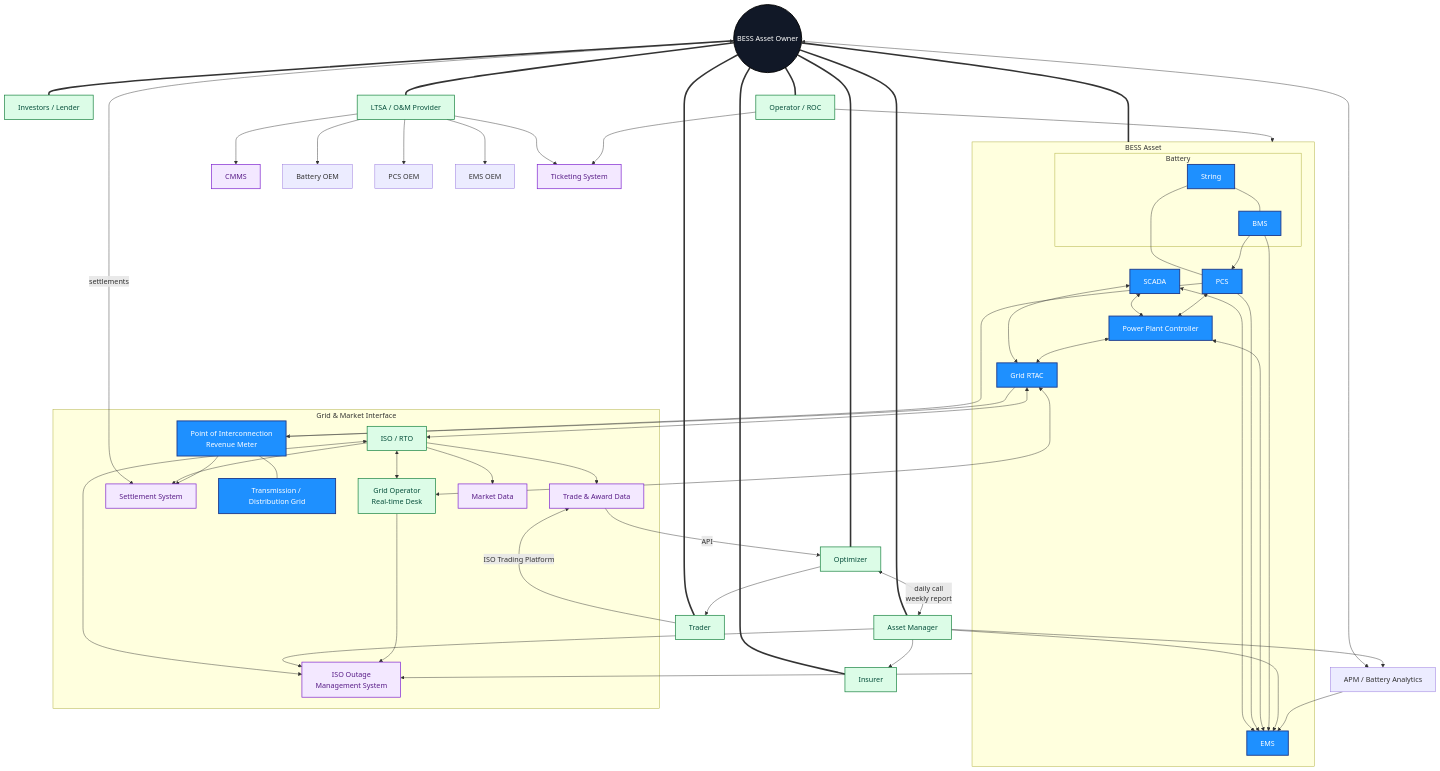
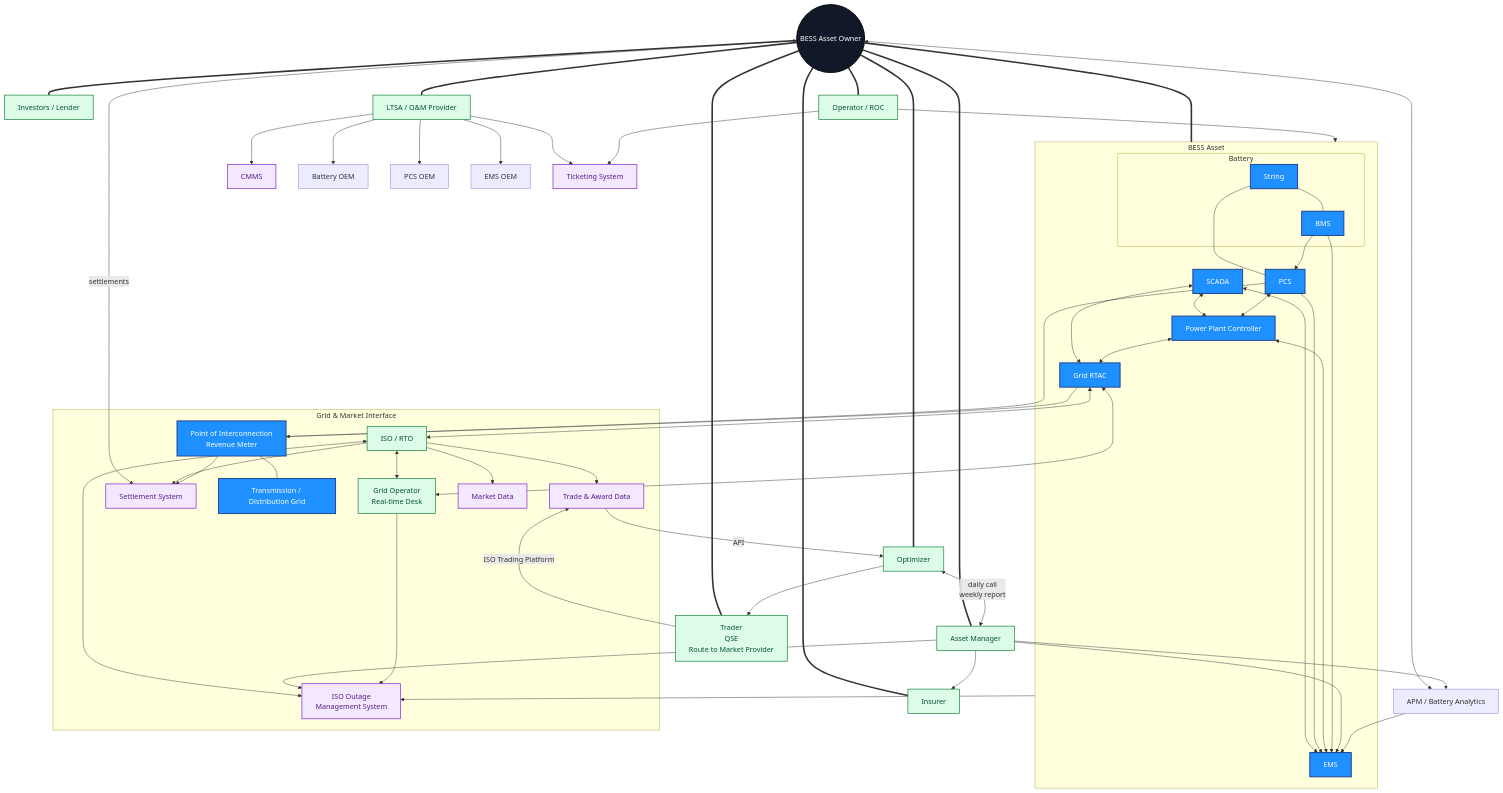
The diagram in Entity_Interaction_Map/Entity_Interation_Map.md (librenergy/BESS-Groundwork), drawn with Mermaid before and after one commit.

Commit message:
Update Trader label in Entity Interaction Map

```diff
--- a/Entity_Interaction_Map/Entity_Interation_Map.md
+++ b/Entity_Interaction_Map/Entity_Interation_Map.md
@@ -124,7 +124,7 @@
     
     %% optimiser
     AO === OPT["Optimizer"]:::company
-    AO === TRA["Trader"]:::company
+    AO === TRA["Trader\n QSE\n Route to Market Provider"]:::company
     TAD -->|API| OPT
     OPT --> TRA
     TRA -->|"ISO Trading Platform"| TAD
```
